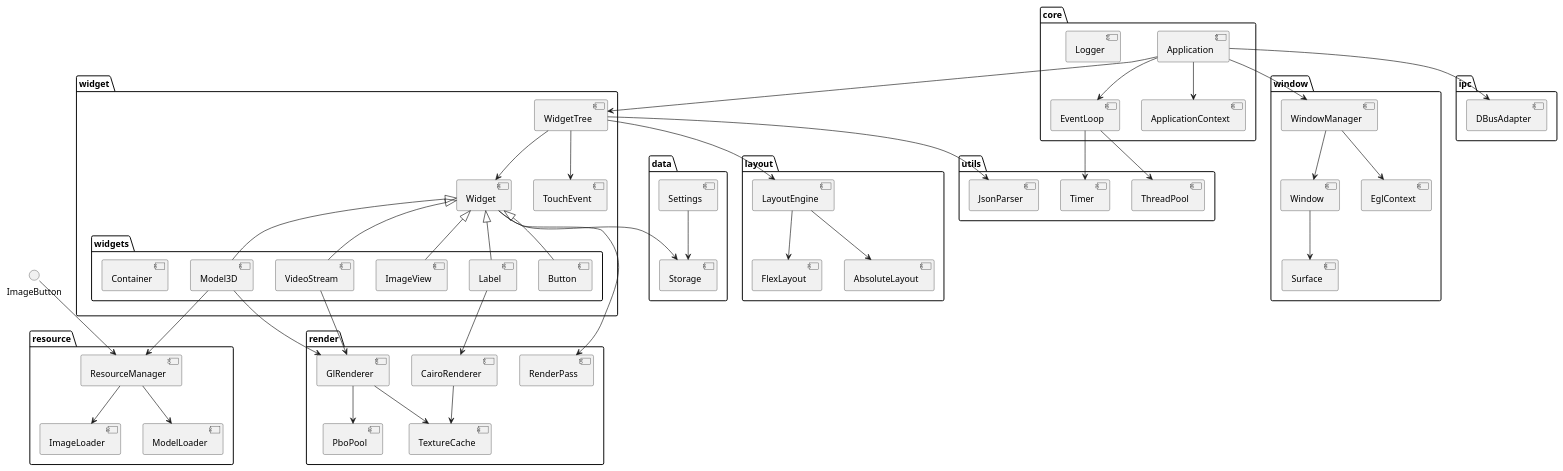
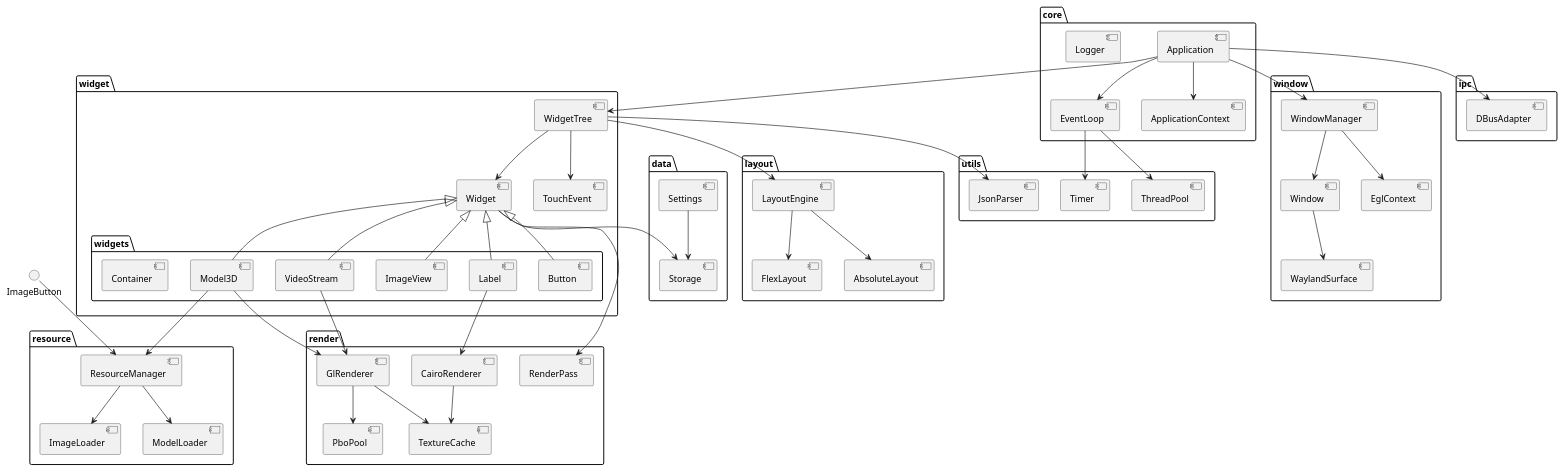
One commit to zhengzubing/RenderUI changed the diagram in docs/diagrams/module_diagram.plantuml. Above: the diagram before and after it, drawn with PlantUML. The commit also changed 37 other files, not shown here.

```diff
--- a/docs/diagrams/module_diagram.plantuml
+++ b/docs/diagrams/module_diagram.plantuml
@@ -1,116 +1,116 @@
 @startuml RenderUI 模块依赖图
 skinparam backgroundColor #FFFFFF
 skinparam componentStyle uml2
 
 package "core" {
   [Application]
   [EventLoop]
   [Logger]
   [ApplicationContext]
 }
 
 package "window" {
   [WindowManager]
   [Window]
-  [Surface]
+  [WaylandSurface]
   [EglContext]
 }
 
 package "widget" {
   [Widget]
   [WidgetTree]
   [TouchEvent]
   
   package "widgets" {
     [Button]
     [Label]
     [ImageView]
     [VideoStream]
     [Model3D]
     [Container]
   }
 }
 
 package "layout" {
   [LayoutEngine]
   [FlexLayout]
   [AbsoluteLayout]
 }
 
 package "render" {
   [RenderPass]
   [CairoRenderer]
   [GlRenderer]
   [TextureCache]
   [PboPool]
 }
 
 package "resource" {
   [ResourceManager]
   [ImageLoader]
   [ModelLoader]
 }
 
 package "data" {
   [Storage]
   [Settings]
 }
 
 package "ipc" {
   [DBusAdapter]
 }
 
 package "utils" {
   [JsonParser]
   [Timer]
   [ThreadPool]
 }
 
 ' 依赖关系
 Application --> EventLoop
 Application --> ApplicationContext
 Application --> WindowManager
 Application --> WidgetTree
 
 WindowManager --> Window
 WindowManager --> EglContext
-Window --> Surface
+Window --> WaylandSurface
 
 WidgetTree --> Widget
 WidgetTree --> LayoutEngine
 WidgetTree --> TouchEvent
 
 Widget <|-- Button
 Widget <|-- Label
 Widget <|-- ImageView
 Widget <|-- VideoStream
 Widget <|-- Model3D
 
 LayoutEngine --> FlexLayout
 LayoutEngine --> AbsoluteLayout
 
 Widget --> RenderPass
 VideoStream --> GlRenderer
 Label --> CairoRenderer
 Model3D --> GlRenderer
 
 GlRenderer --> TextureCache
 GlRenderer --> PboPool
 CairoRenderer --> TextureCache
 
 ResourceManager --> ImageLoader
 ResourceManager --> ModelLoader
 
 ImageButton --> ResourceManager
 Model3D --> ResourceManager
 
 Widget --> Storage
 Settings --> Storage
 
 WidgetTree --> JsonParser
 Application --> DBusAdapter
 
 EventLoop --> Timer
 EventLoop --> ThreadPool
 
 @enduml
```
